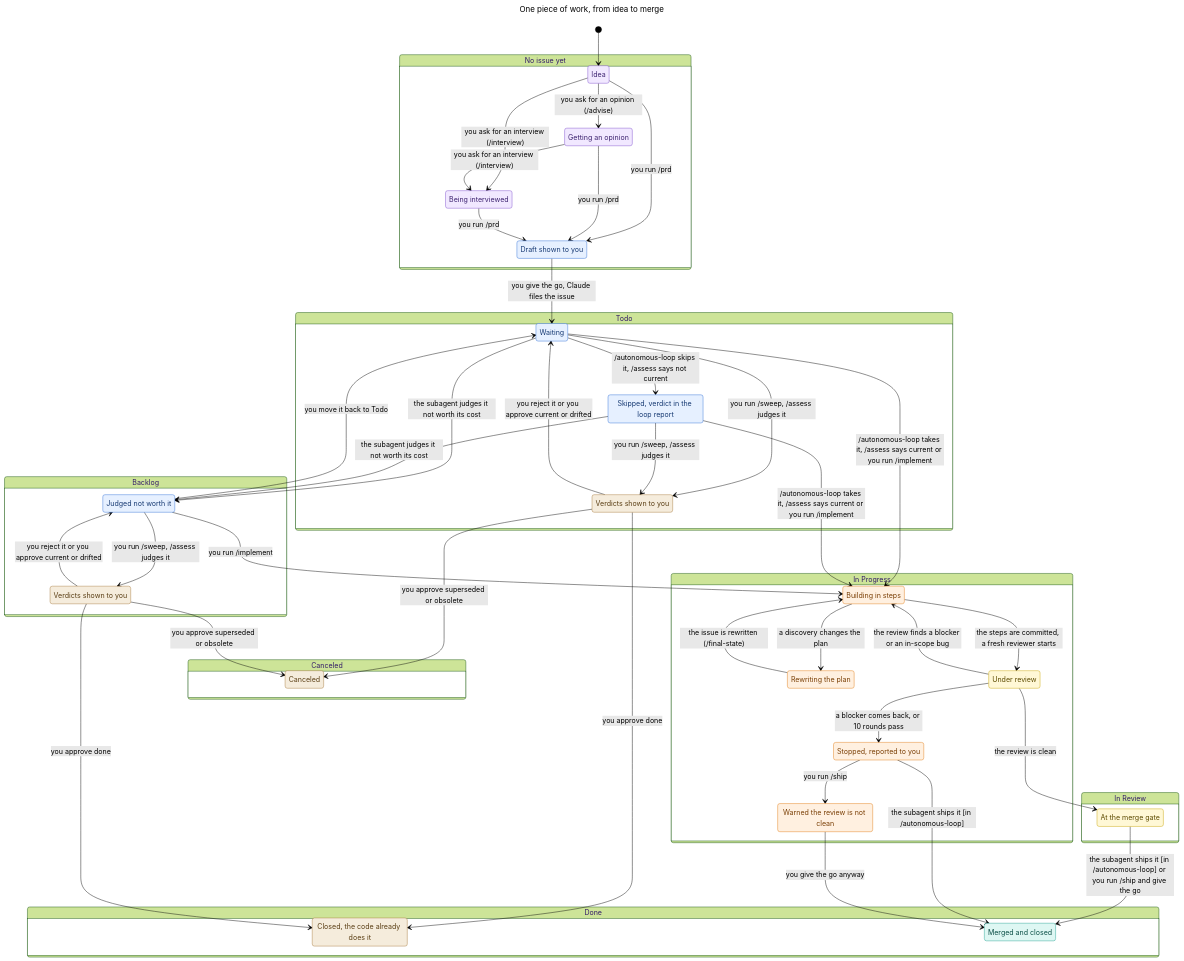
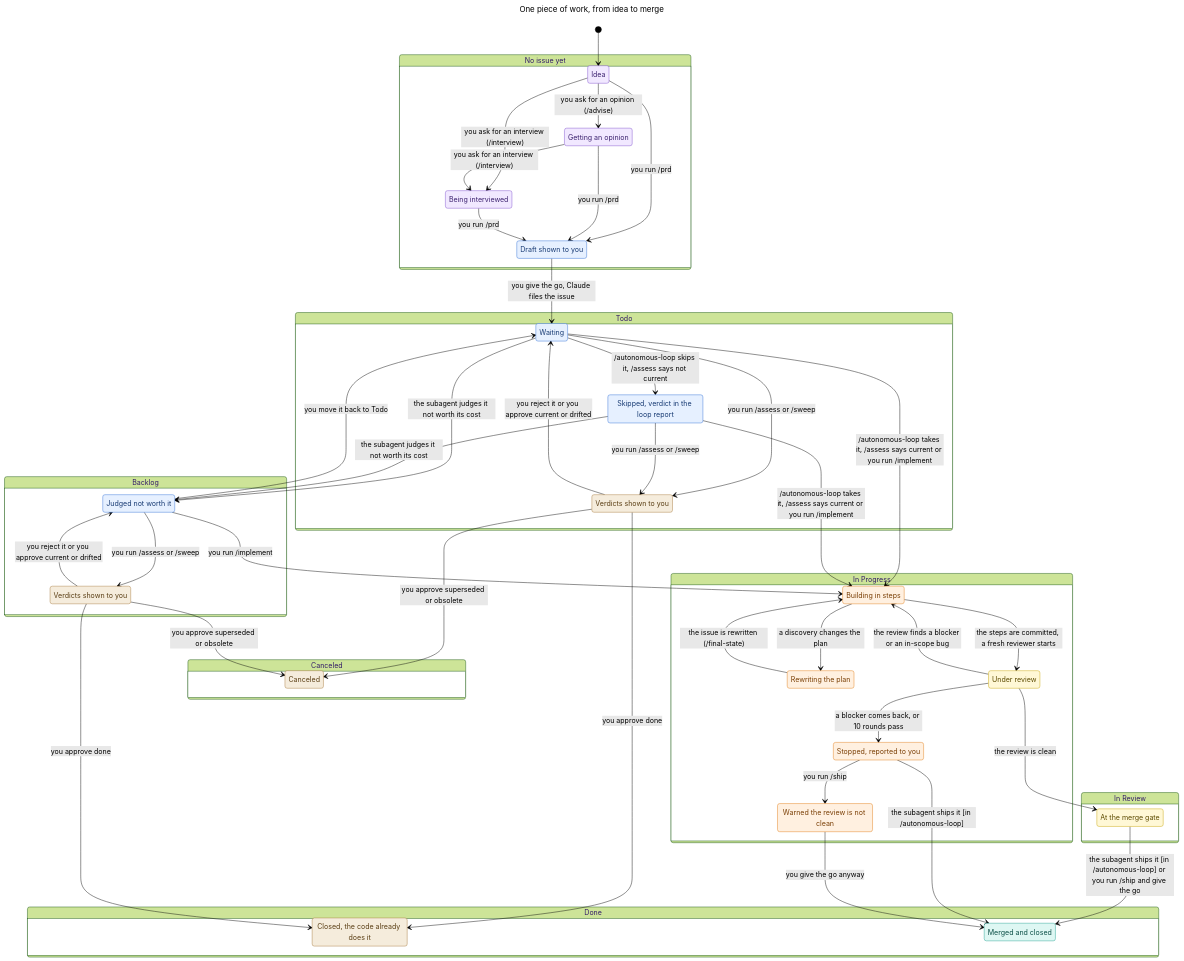
The diagram in README.md (felipeam86/pipe-skills), drawn with Mermaid (forest theme) before and after one commit. The commit also changed other lines of this file and 6 other files, not shown here.

First line of the commit message:
GH-5: Check against the branch you stand on, and let assess work alone

```diff
--- a/README.md
+++ b/README.md
@@ -91,15 +91,15 @@
   s6 --> s10: /autonomous-loop takes it, /assess says current or you run /implement
   s6 --> s16: the subagent judges it not worth its cost
   s6 --> s7: /autonomous-loop skips it, /assess says not current
-  s6 --> s8: you run /sweep, /assess judges it
+  s6 --> s8: you run /assess or /sweep
   s10 --> s11: a discovery changes the plan
   s10 --> s12: the steps are committed, a fresh reviewer starts
   s16 --> s6: you move it back to Todo
   s16 --> s10: you run /implement
-  s16 --> s17: you run /sweep, /assess judges it
+  s16 --> s17: you run /assess or /sweep
   s7 --> s10: /autonomous-loop takes it, /assess says current or you run /implement
   s7 --> s16: the subagent judges it not worth its cost
-  s7 --> s8: you run /sweep, /assess judges it
+  s7 --> s8: you run /assess or /sweep
   s8 --> s6: you reject it or you approve current or drifted
   s8 --> s19: you approve superseded or obsolete
   s8 --> s21: you approve done
```
